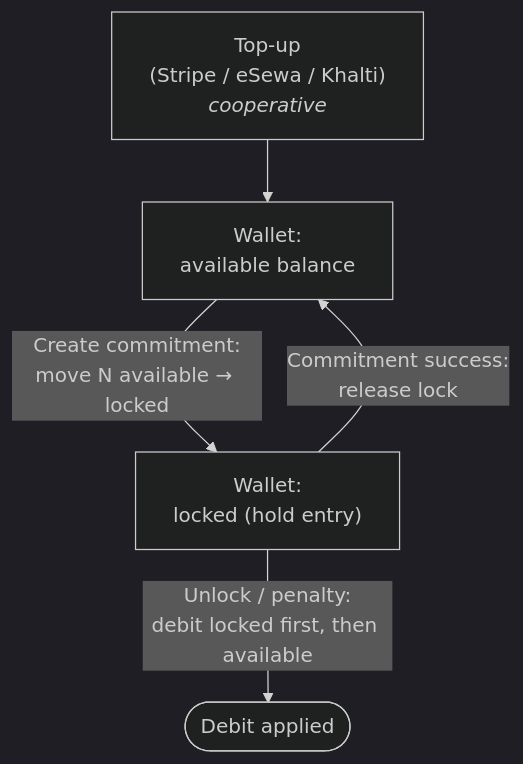
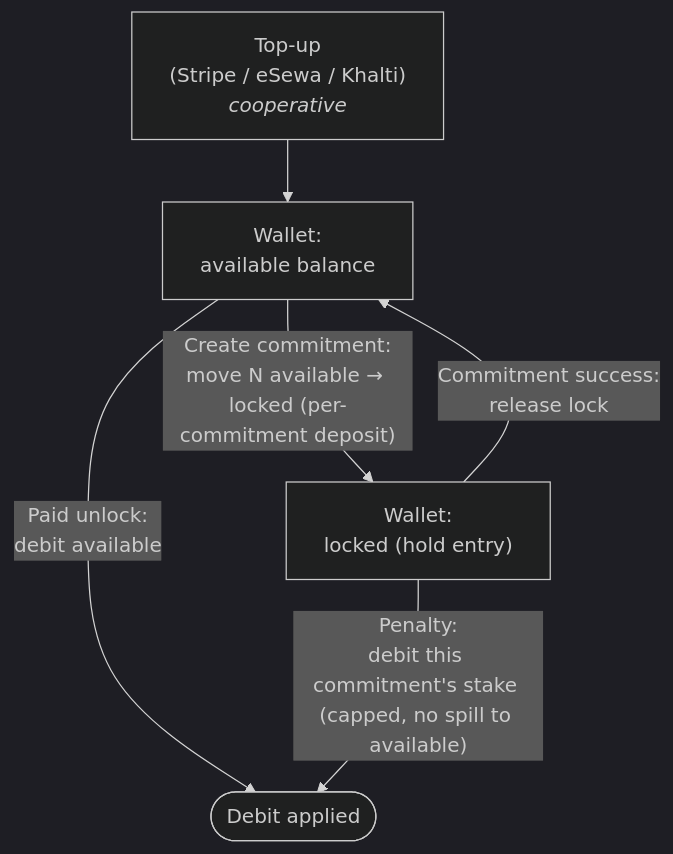
Before and after one commit to JEEVANRAWAL/stake-app-doc: the first of 6 diagrams in docs/payments/payment-architecture.md, drawn with Mermaid (dark theme). The commit also changed other lines of this file and 2 other files, not shown here.

First line of the commit message:
Docs: per-commitment stake -- penalties & break fees draw from the stake

````diff
--- a/docs/payments/payment-architecture.md
+++ b/docs/payments/payment-architecture.md
@@ -40,7 +40,8 @@
 ```mermaid
 flowchart TD
     TopUp["Top-up<br/>(Stripe / eSewa / Khalti)<br/><i>cooperative</i>"] --> Avail["Wallet:<br/>available balance"]
-    Avail -- "Create commitment:<br/>move N available → locked" --> Locked["Wallet:<br/>locked (hold entry)"]
-    Locked -- "Unlock / penalty:<br/>debit locked first, then available" --> Debit(["Debit applied"])
+    Avail -- "Create commitment:<br/>move N available → locked (per-commitment deposit)" --> Locked["Wallet:<br/>locked (hold entry)"]
+    Avail -- "Paid unlock:<br/>debit available" --> Debit(["Debit applied"])
+    Locked -- "Penalty:<br/>debit this commitment's stake (capped, no spill to available)" --> Debit
     Locked -- "Commitment success:<br/>release lock" --> Avail
 ```
````
